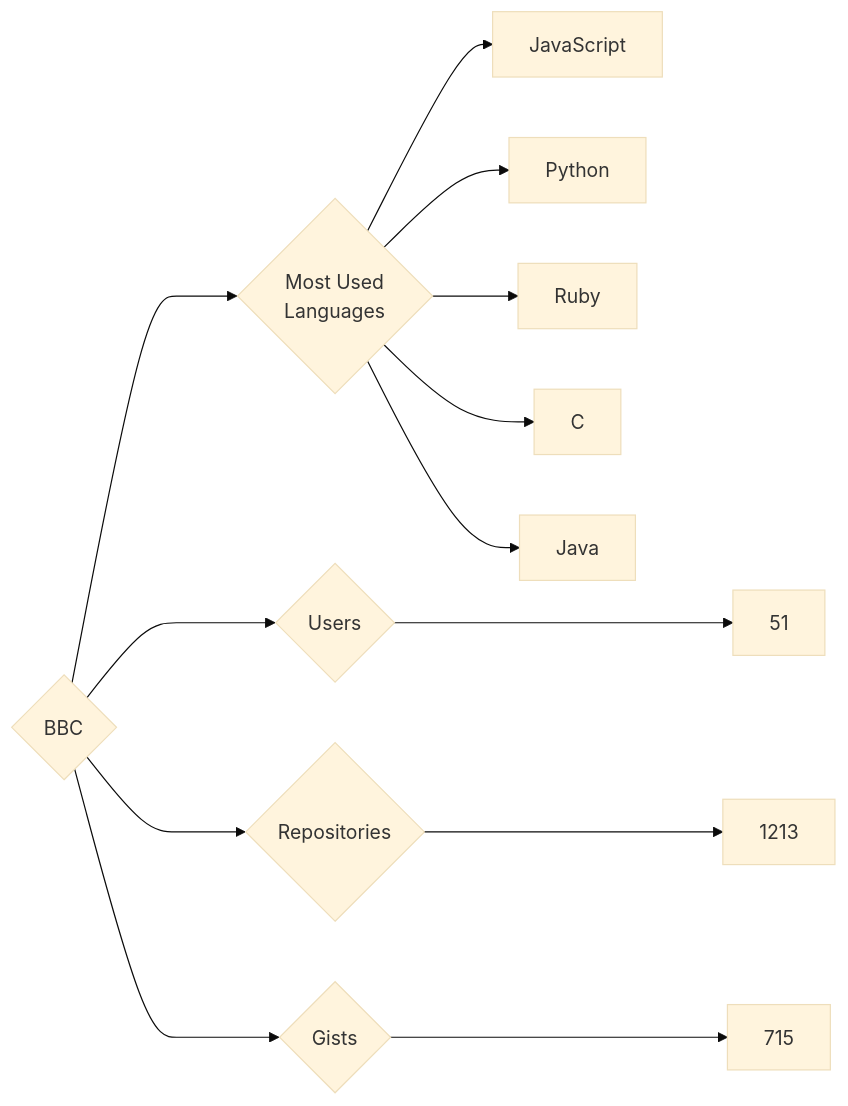
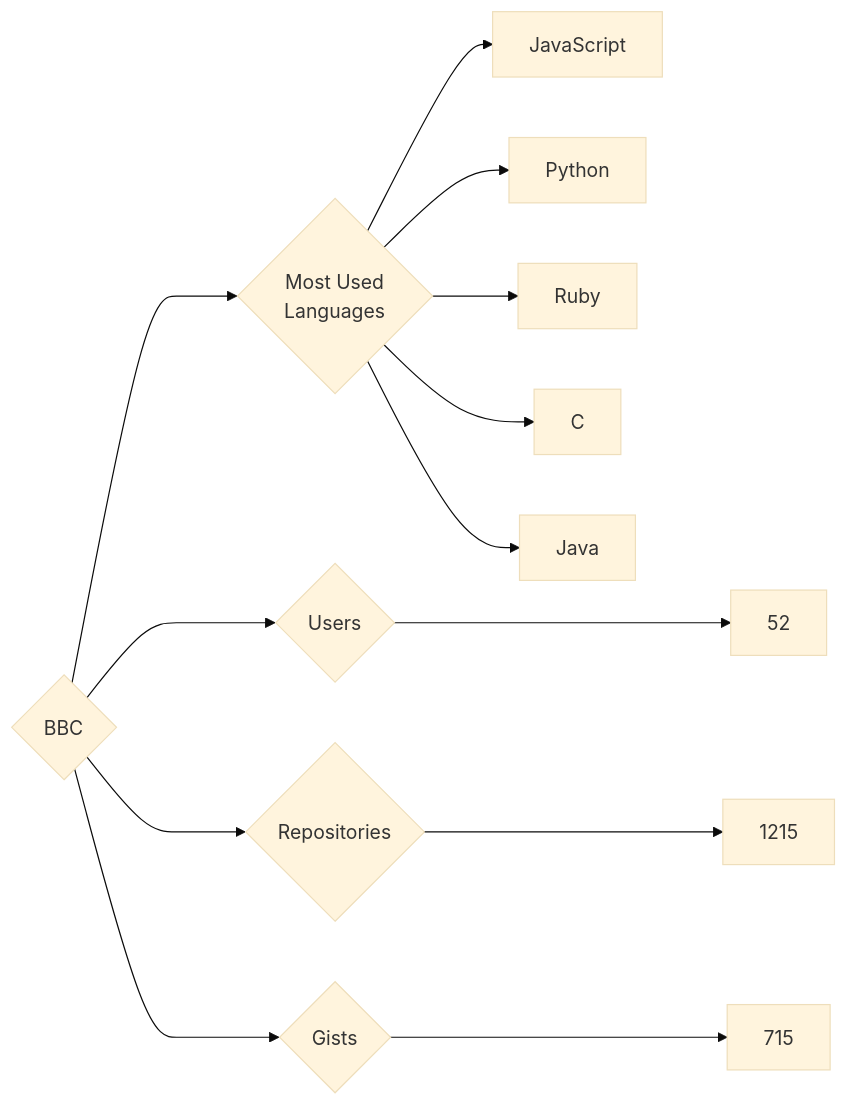
The diagram in targets/BBC/README.md (trickest/insiders), drawn with Mermaid (base theme) before and after one commit. The commit also changed 1020 other files, not shown here.

````diff
--- a/targets/BBC/README.md
+++ b/targets/BBC/README.md
@@ -3,13 +3,13 @@
 ```mermaid
 graph LR
 COMPANY_NAME{BBC}
-COMPANY_NAME ---> U{Users} ---> UN[51]
-COMPANY_NAME ---> R{Repositories} ---> RN[1213]
+COMPANY_NAME ---> U{Users} ---> UN[52]
+COMPANY_NAME ---> R{Repositories} ---> RN[1215]
 COMPANY_NAME ---> G{Gists} ---> GN[715]
 COMPANY_NAME ---> ML{Most Used<br>Languages}
 ML --> JavaScript[JavaScript]
 ML --> Python[Python]
 ML --> Ruby[Ruby]
 ML --> C[C]
 ML --> Java[Java]
 ```
````
